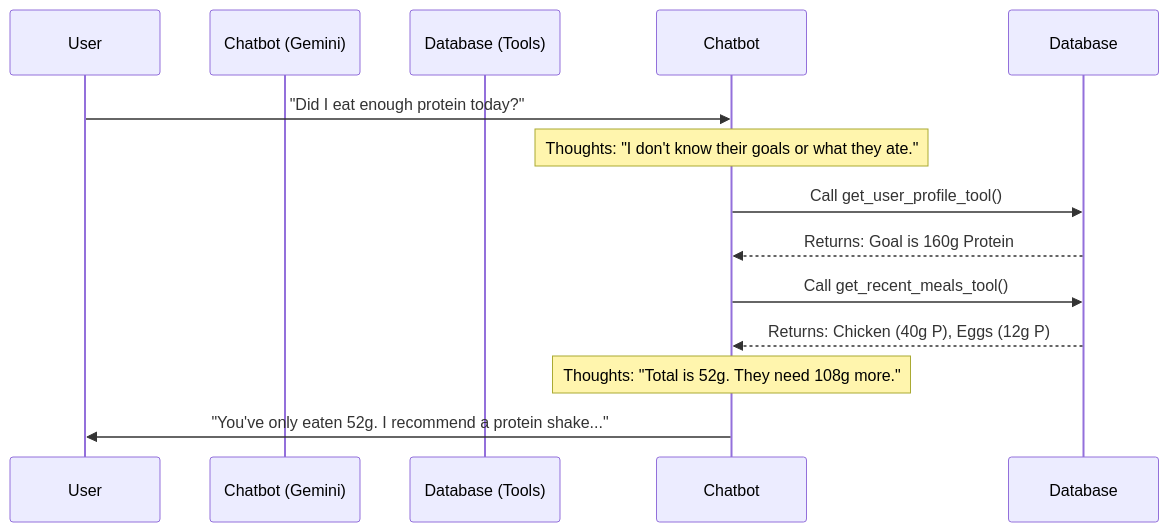
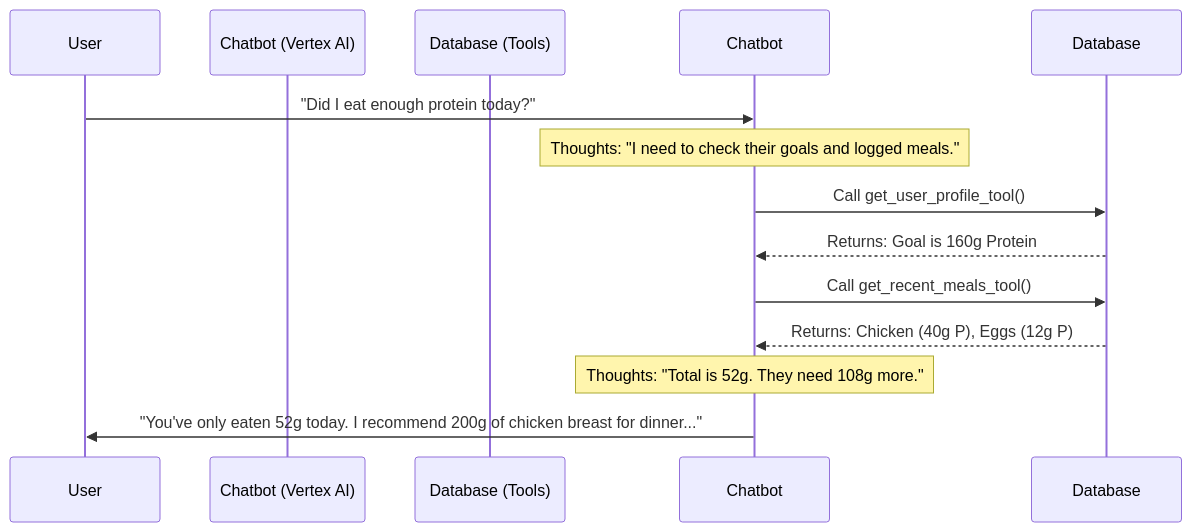
Before and after one commit to kavyajshah240706/CalAi: the second of 2 diagrams in README.md, drawn with Mermaid. The commit also changed other lines of this file, not shown here.

Commit message:
docs: update README with final architecture and live URL

````diff
--- a/README.md
+++ b/README.md
@@ -57,15 +62,15 @@
 ```mermaid
 sequenceDiagram
     participant User
-    participant Chatbot (Gemini)
+    participant Chatbot (Vertex AI)
     participant Database (Tools)
     
     User->>Chatbot: "Did I eat enough protein today?"
-    Note over Chatbot: Thoughts: "I don't know their goals or what they ate."
+    Note over Chatbot: Thoughts: "I need to check their goals and logged meals."
     Chatbot->>Database: Call get_user_profile_tool()
     Database-->>Chatbot: Returns: Goal is 160g Protein
     Chatbot->>Database: Call get_recent_meals_tool()
     Database-->>Chatbot: Returns: Chicken (40g P), Eggs (12g P)
     Note over Chatbot: Thoughts: "Total is 52g. They need 108g more."
-    Chatbot->>User: "You've only eaten 52g. I recommend a protein shake..."
+    Chatbot->>User: "You've only eaten 52g today. I recommend 200g of chicken breast for dinner..."
 ```
````
